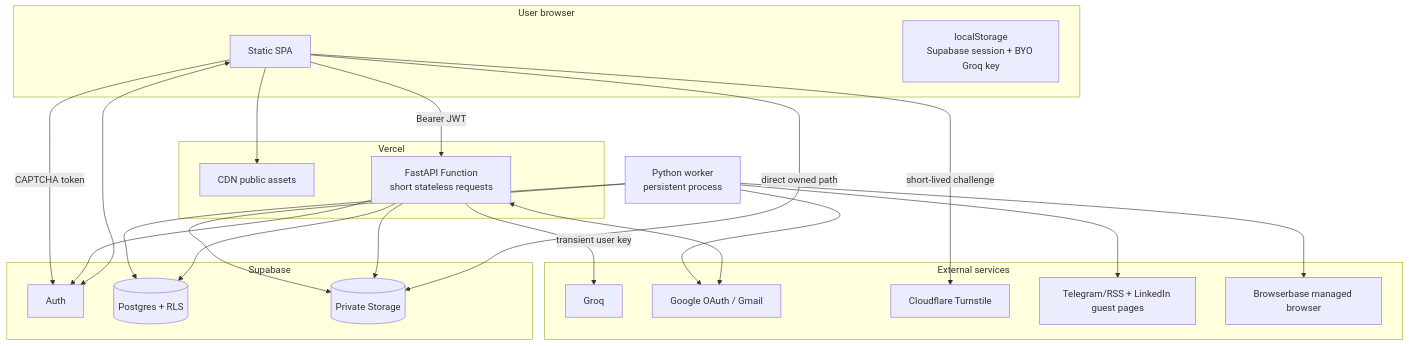
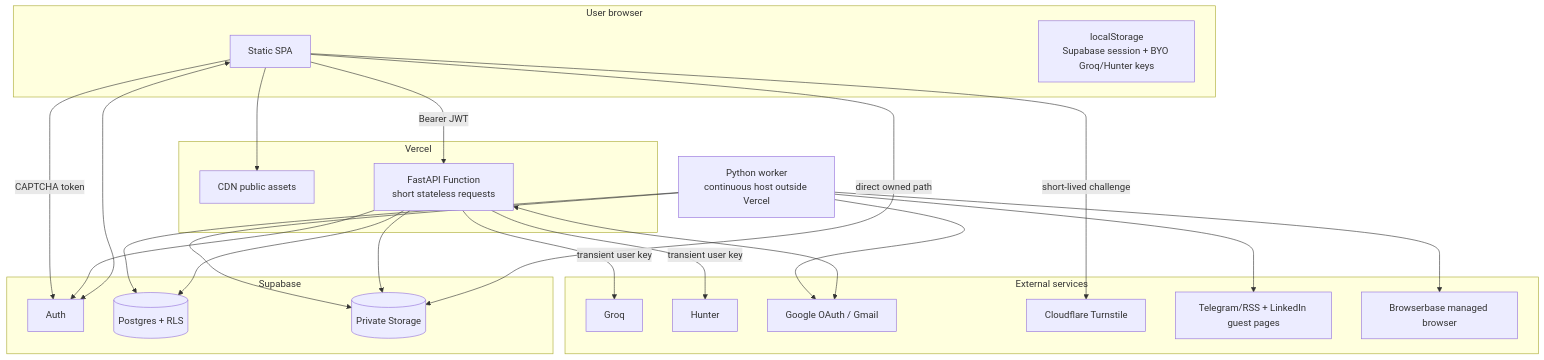
Before and after one commit to saadrizvi09/Mass-Auto-Apply: the first of 9 diagrams in docs/03-Architecture.md, drawn with Mermaid. The commit also changed other lines of this file and 52 other files, not shown here.

````diff
--- a/docs/03-Architecture.md
+++ b/docs/03-Architecture.md
@@ -21,45 +25,47 @@
 ```mermaid
 flowchart TB
     subgraph Browser[User browser]
       SPA[Static SPA]
-      LS[localStorage<br/>Supabase session + BYO Groq key]
+      LS[localStorage<br/>Supabase session + BYO Groq/Hunter keys]
     end
 
     subgraph Vercel[Vercel]
       CDN[CDN public assets]
       API[FastAPI Function<br/>short stateless requests]
     end
 
     subgraph Supabase[Supabase]
       AUTH[Auth]
       PG[(Postgres + RLS)]
       ST[(Private Storage)]
     end
 
     subgraph External[External services]
       GROQ[Groq]
+      HUNT[Hunter]
       GOOG[Google OAuth / Gmail]
       CF[Cloudflare Turnstile]
       PUB[Telegram/RSS + LinkedIn guest pages]
       BB[Browserbase managed browser]
     end
 
-    WORKER[Python worker<br/>persistent process]
+    WORKER[Python worker<br/>continuous host outside Vercel]
 
     SPA --> CDN
     SPA <--> AUTH
     SPA -->|Bearer JWT| API
     SPA -->|direct owned path| ST
     API --> AUTH
     API --> PG
     API --> ST
     API -->|transient user key| GROQ
+    API -->|transient user key| HUNT
     API <--> GOOG
     SPA -->|short-lived challenge| CF
     SPA -->|CAPTCHA token| AUTH
     WORKER --> PG
     WORKER --> ST
     WORKER --> GOOG
     WORKER --> PUB
     WORKER --> BB
 ```
````
